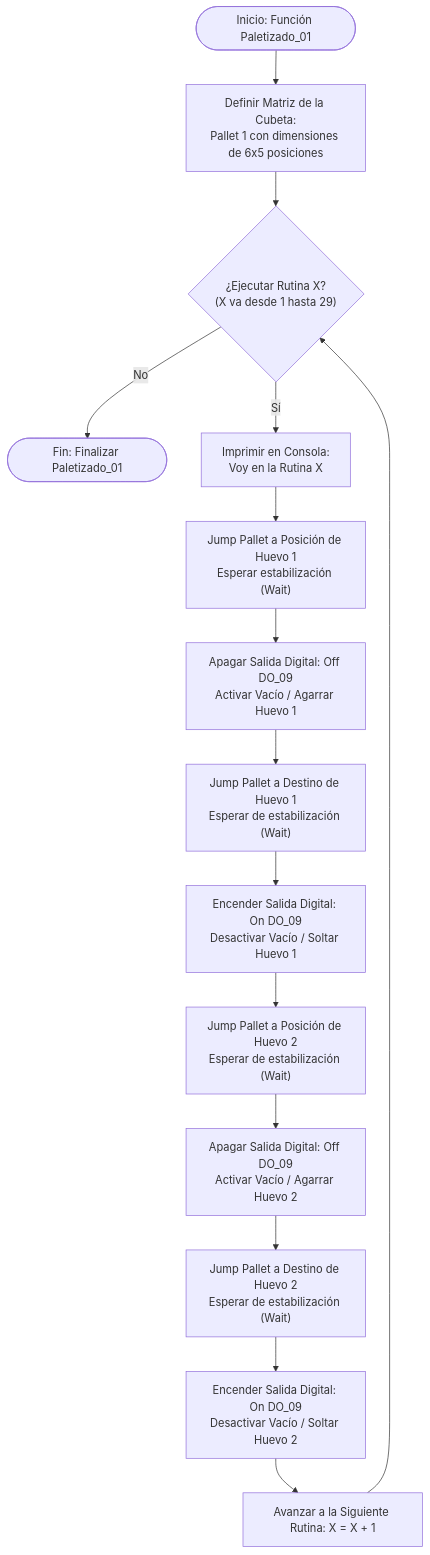
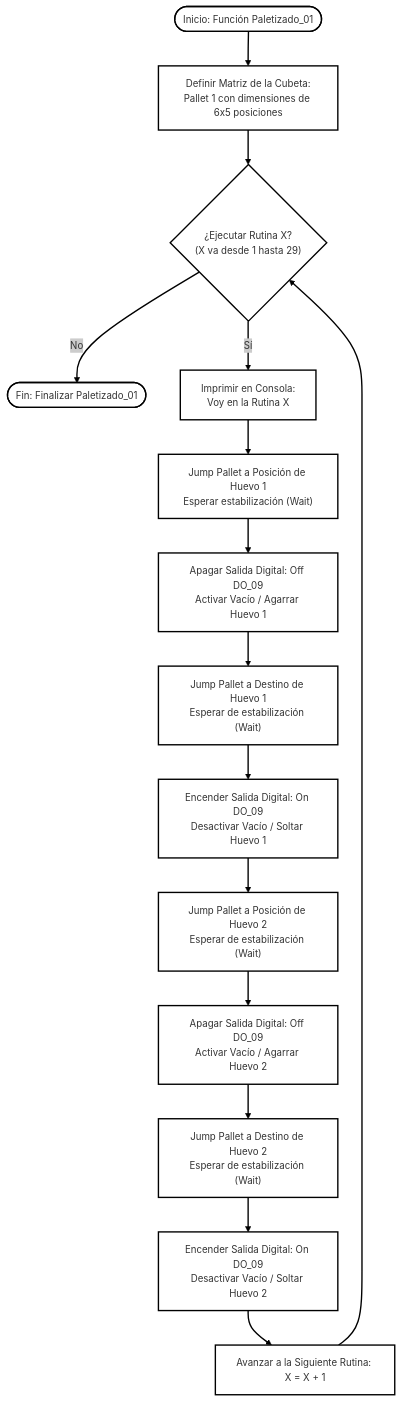
Before and after one commit to labsir-un/Robotica-2026-I-Equipo-3C-Moreno-Ramos: the second of 2 diagrams in Laboratorio No. 03 - Robótica Industrial EPSON T3 401S y EPSON RC+/README.MD, drawn with Mermaid.

Commit message:
Update README.md with flowchart corrections
Fixed formatting issues in the README.md file and updated the flowchart.

````diff
--- a/Laboratorio No. 03 - Robótica Industrial EPSON T3 401S y EPSON RC+/README.MD
+++ b/Laboratorio No. 03 - Robótica Industrial EPSON T3 401S y EPSON RC+/README.MD
@@ -229,18 +229,22 @@
 ```mermaid
+---
+config:
+  layout: fixed
+  theme: neo
+---
 flowchart TB
     Start(["Inicio: Función Paletizado_01"]) --> DefPallet["Definir Matriz de la Cubeta:<br>Pallet 1 con dimensiones de 6x5 posiciones"]
     DefPallet --> RoutineLoop{"¿Ejecutar Rutina X?<br>(X va desde 1 hasta 29)"}
     RoutineLoop -- No --> EndRoutine(["Fin: Finalizar Paletizado_01"])
     RoutineLoop -- Sí --> PrintMsg["Imprimir en Consola:<br>Voy en la Rutina X"]
     PrintMsg --> PickH1["Jump Pallet a Posición de Huevo 1<br>Esperar estabilización (Wait)"]
     PickH1 --> GrabH1["Apagar Salida Digital: Off DO_09<br>Activar Vacío / Agarrar Huevo 1"]
     GrabH1 --> DropH1["Jump Pallet a Destino de Huevo 1<br>Esperar de estabilización (Wait)"]
     DropH1 --> ReleaseH1["Encender Salida Digital: On DO_09<br>Desactivar Vacío / Soltar Huevo 1"]
     ReleaseH1 --> PickH2["Jump Pallet a Posición de Huevo 2<br>Esperar de estabilización (Wait)"]
     PickH2 --> GrabH2["Apagar Salida Digital: Off DO_09<br>Activar Vacío / Agarrar Huevo 2"]
     GrabH2 --> DropH2["Jump Pallet a Destino de Huevo 2<br>Esperar de estabilización (Wait)"]
     DropH2 --> ReleaseH2["Encender Salida Digital: On DO_09<br>Desactivar Vacío / Soltar Huevo 2"]
     ReleaseH2 --> NextRoutine["Avanzar a la Siguiente Rutina: X = X + 1"]
     NextRoutine --> RoutineLoop
-      
 ```
````
